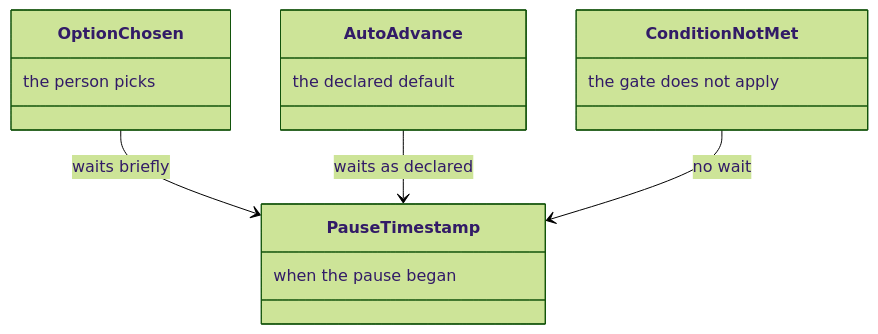
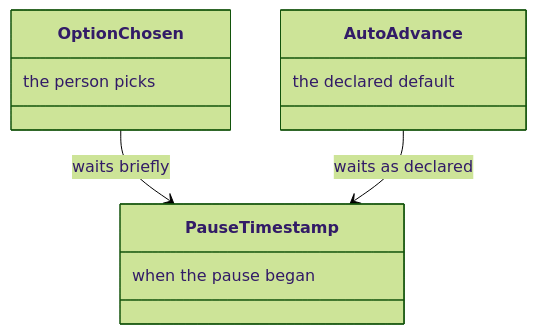
Before and after one commit to m2ux/workflow-server: diagram 12 of 22 in docs/checkpoint.md, drawn with Mermaid (forest theme). The commit also changed other lines of this file and 21 other files, not shown here.

````diff
--- a/docs/checkpoint.md
+++ b/docs/checkpoint.md
@@ -269,18 +269,14 @@
 ```mermaid
 classDiagram
   class OptionChosen {
     the person picks
   }
   class AutoAdvance {
     the declared default
   }
-  class ConditionNotMet {
-    the gate does not apply
-  }
   class PauseTimestamp {
     when the pause began
   }
   OptionChosen --> PauseTimestamp : waits briefly
   AutoAdvance --> PauseTimestamp : waits as declared
-  ConditionNotMet --> PauseTimestamp : no wait
 ```
````
